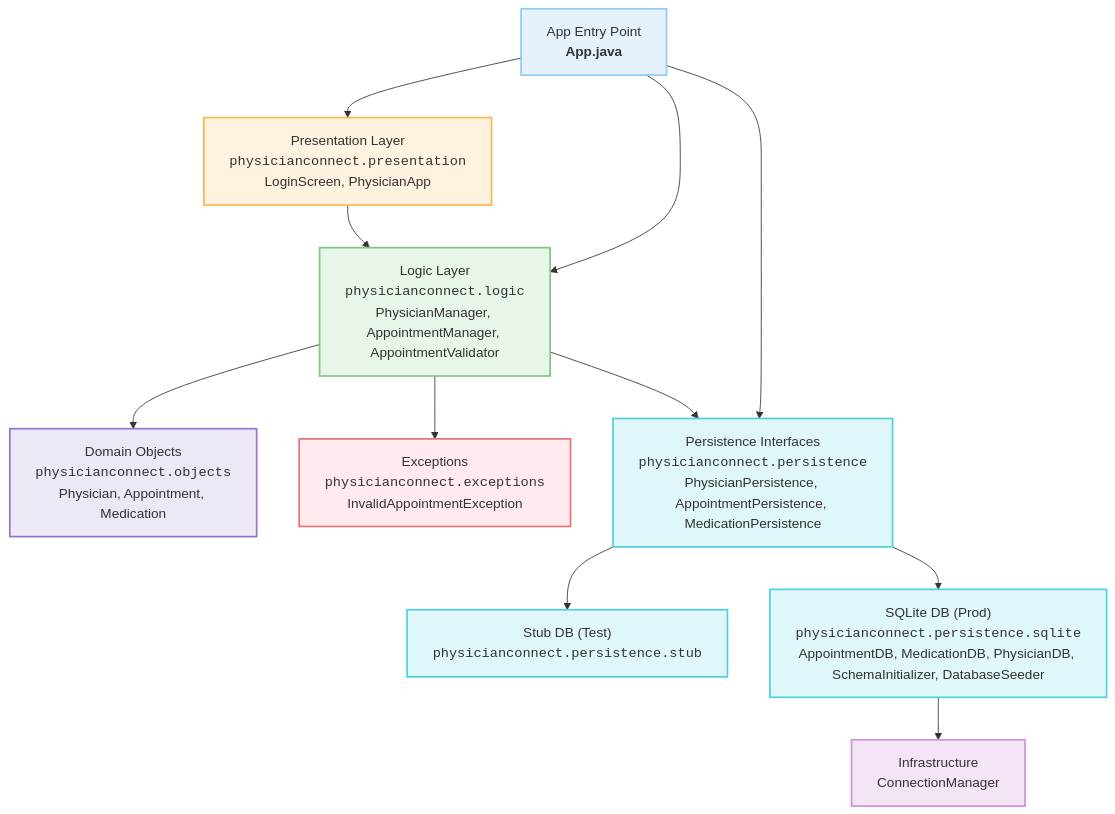
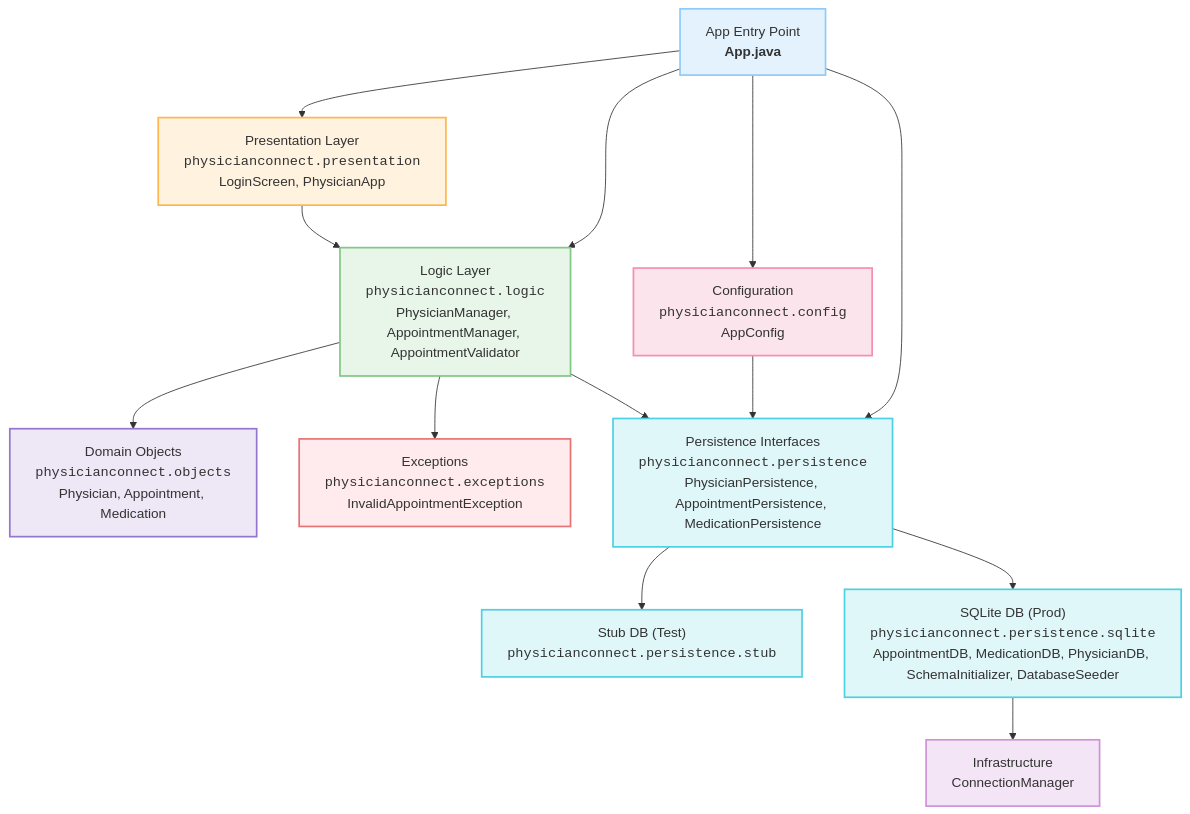
The diagram in ARCHITECTURE.md (ArjunSarkar1/PhysiciansConnect), drawn with Mermaid before and after one commit. The commit also changed other lines of this file, not shown here.

Commit message:
updated architecture.md file

````diff
--- a/ARCHITECTURE.md
+++ b/ARCHITECTURE.md
@@ -1,45 +1,50 @@
 ```mermaid
 flowchart TD
     %% Theme & Styling
     classDef entryPoint fill:#e3f2fd,stroke:#90caf9,stroke-width:2px;
     classDef presentation fill:#fff3e0,stroke:#ffb74d,stroke-width:2px;
     classDef logic fill:#e8f5e9,stroke:#81c784,stroke-width:2px;
     classDef domain fill:#ede7f6,stroke:#9575cd,stroke-width:2px;
     classDef exceptions fill:#ffebee,stroke:#e57373,stroke-width:2px;
     classDef persistence fill:#e0f7fa,stroke:#4dd0e1,stroke-width:2px;
     classDef infra fill:#f3e5f5,stroke:#ce93d8,stroke-width:2px;
+    classDef config fill:#fce4ec,stroke:#f48fb1,stroke-width:2px;
 
     %% Nodes
     MAIN["App Entry Point<br><b>App.java</b>"]:::entryPoint
+
+    CONFIG["Configuration<br><code>physicianconnect.config</code><br>AppConfig"]:::config
 
     UI["Presentation Layer<br><code>physicianconnect.presentation</code><br>LoginScreen, PhysicianApp"]:::presentation
 
     LM["Logic Layer<br><code>physicianconnect.logic</code><br>PhysicianManager, AppointmentManager, AppointmentValidator"]:::logic
 
     OBJ["Domain Objects<br><code>physicianconnect.objects</code><br>Physician, Appointment, Medication"]:::domain
 
     EXC["Exceptions<br><code>physicianconnect.exceptions</code><br>InvalidAppointmentException"]:::exceptions
 
     PI["Persistence Interfaces<br><code>physicianconnect.persistence</code><br>PhysicianPersistence, AppointmentPersistence, MedicationPersistence"]:::persistence
 
     STUB["Stub DB (Test)<br><code>physicianconnect.persistence.stub</code>"]:::persistence
 
     SQLITE["SQLite DB (Prod)<br><code>physicianconnect.persistence.sqlite</code><br>AppointmentDB, MedicationDB, PhysicianDB, SchemaInitializer, DatabaseSeeder"]:::persistence
 
     CM["Infrastructure<br>ConnectionManager"]:::infra
 
     %% Flow Connections
+    MAIN --> CONFIG
     MAIN --> UI
     MAIN --> LM
     MAIN --> PI
+
+    CONFIG --> PI
 
     UI --> LM
     LM --> OBJ
     LM --> EXC
     LM --> PI
 
     PI --> STUB
     PI --> SQLITE
     SQLITE --> CM
-
 ```
````
